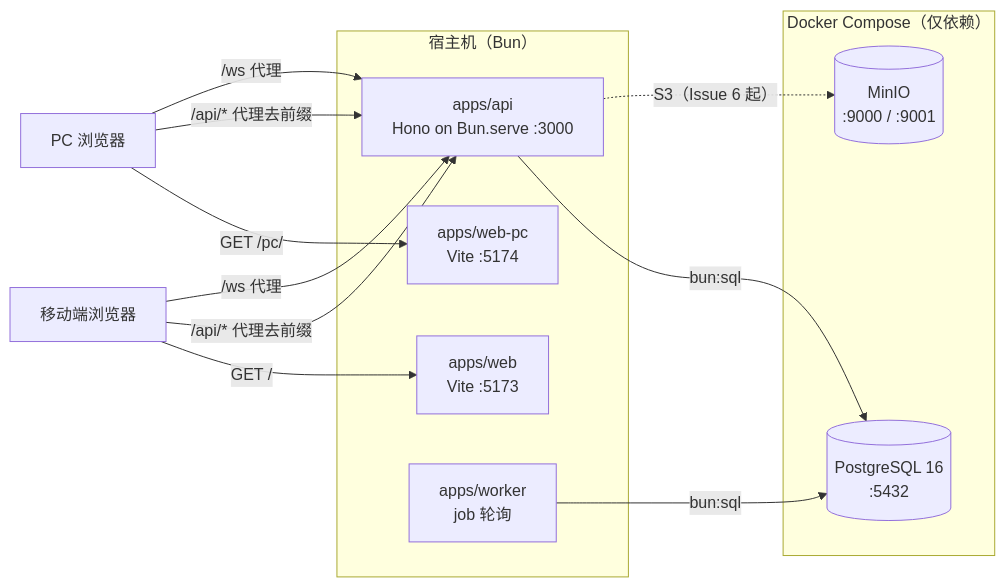
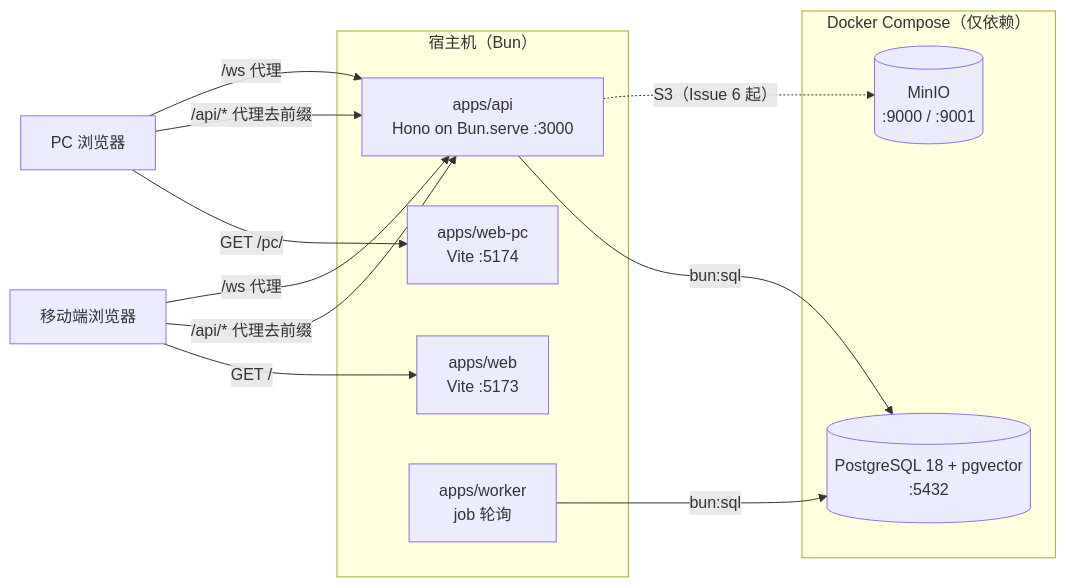
Before and after one commit to zzstar101/FISH: the first of 4 diagrams in docs/architecture.md, drawn with Mermaid. The commit also changed other lines of this file and 319 other files, not shown here.

````diff
--- a/docs/architecture.md
+++ b/docs/architecture.md
@@ -65,24 +65,24 @@
 ```mermaid
 graph LR
   subgraph Host["宿主机（Bun）"]
     WEB["apps/web<br/>Vite :5173"]
     WEB_PC["apps/web-pc<br/>Vite :5174"]
     API["apps/api<br/>Hono on Bun.serve :3000"]
     WORKER["apps/worker<br/>job 轮询"]
   end
 
   subgraph Docker["Docker Compose（仅依赖）"]
-    PG[("PostgreSQL 16<br/>:5432")]
+    PG[("PostgreSQL 18 + pgvector<br/>:5432")]
     MINIO[("MinIO<br/>:9000 / :9001")]
   end
 
   BROWSER["移动端浏览器"] -->|"GET /"| WEB
   PC_BROWSER["PC 浏览器"] -->|"GET /pc/"| WEB_PC
   BROWSER -->|"/api/* 代理去前缀"| API
   PC_BROWSER -->|"/api/* 代理去前缀"| API
   BROWSER -->|"/ws 代理"| API
   PC_BROWSER -->|"/ws 代理"| API
   API -->|"bun:sql"| PG
   WORKER -->|"bun:sql"| PG
   API -.->|"S3（Issue 6 起）"| MINIO
 ```
````
